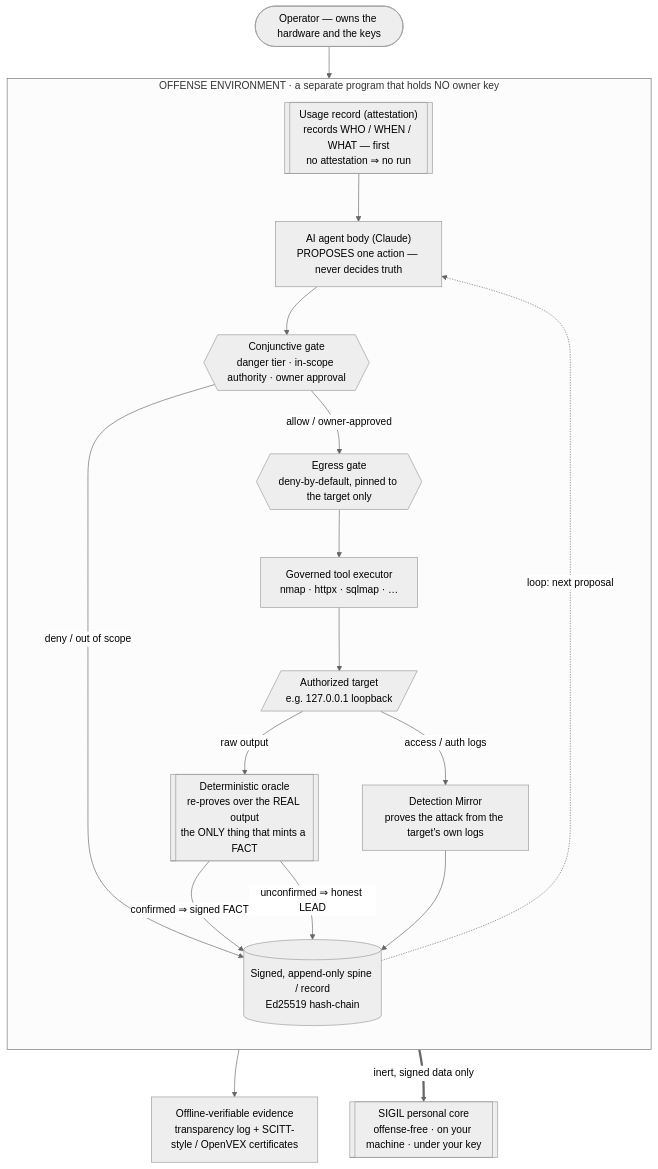
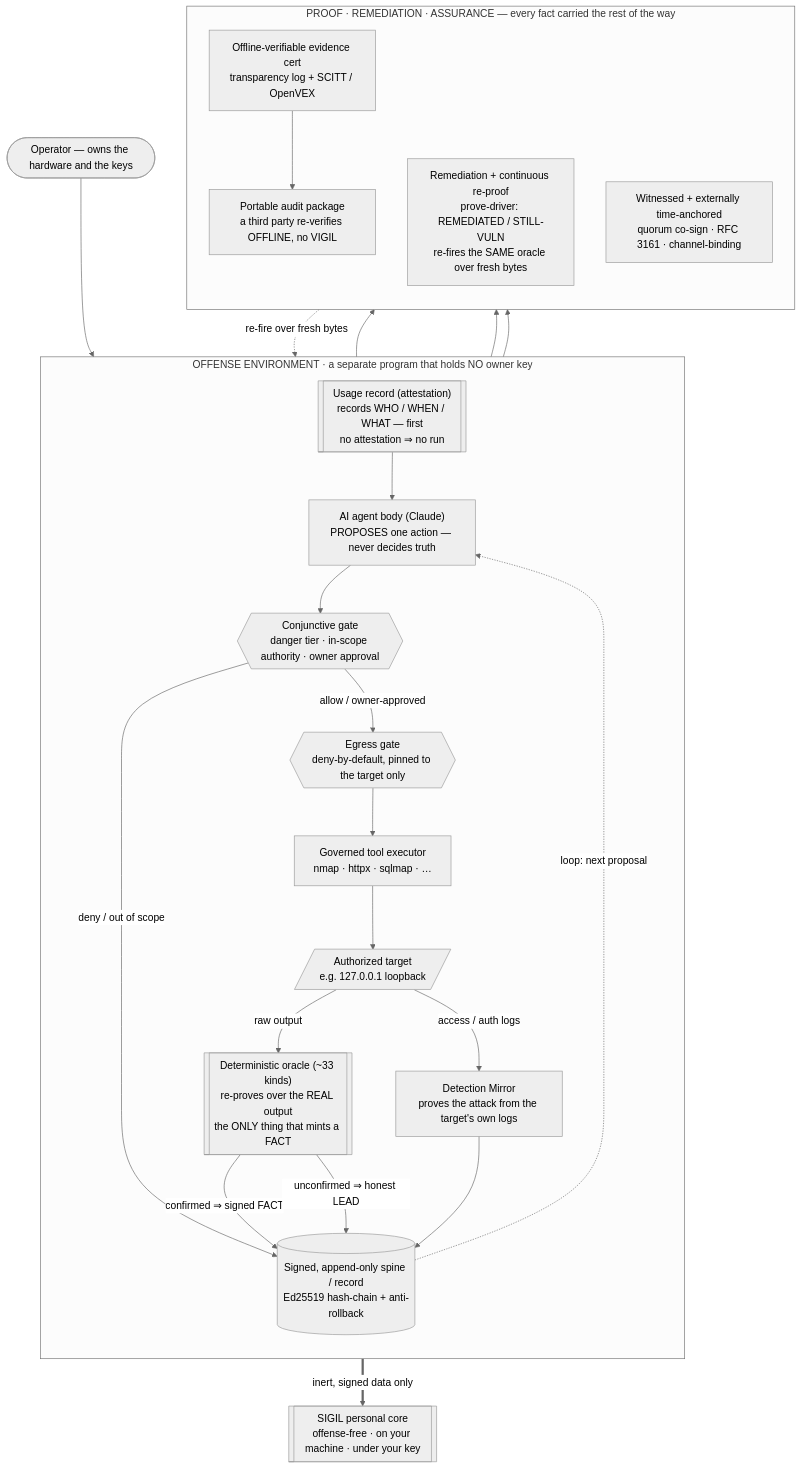
One commit to thuram-nana/vigil-sovereign changed the diagram in README.md. Above: the diagram before and after it, drawn with Mermaid (neutral theme). The commit also changed other lines of this file, not shown here.

Commit message:
README: extend the at-a-glance architecture diagram to the full end-to-end (#239)
The summarized diagram stopped at spine -> evidence -> SIGIL and predated the
TRUTHENOVATION proof lifecycle. Added a downstream PROOF / REMEDIATION / ASSURANCE
cluster so the one-picture summary now matches the deep reference (which is at 11
layers): remediation + continuous re-proof (re-fires the SAME oracle over fresh
bytes), witnessed + RFC3161 time-anchored + channel-binding assurance, and the
portable offline audit package (third-party re-verify with no VIGIL). +3 plain-English
bullets + a built-vs-capability honesty note. Diagram validated (headless mermaid
render: 1 flowchart, 0 parse errors).

````diff
--- a/README.md
+++ b/README.md
@@ -174,31 +174,41 @@
 ```mermaid
 flowchart TB
     OP(["Operator — owns the hardware and the keys"])
 
     subgraph OFFENSE["OFFENSE ENVIRONMENT · a separate program that holds NO owner key"]
       direction TB
       ATTEST[["Usage record (attestation)<br/>records WHO / WHEN / WHAT — first<br/>no attestation ⇒ no run"]]
       THINK["AI agent body (Claude)<br/>PROPOSES one action — never decides truth"]
       GATE{{"Conjunctive gate<br/>danger tier · in-scope authority · owner approval"}}
       EGRESS{{"Egress gate<br/>deny-by-default, pinned to the target only"}}
       EXEC["Governed tool executor<br/>nmap · httpx · sqlmap · …"]
       TARGET[/"Authorized target<br/>e.g. 127.0.0.1 loopback"/]
-      ORACLE[["Deterministic oracle<br/>re-proves over the REAL output<br/>the ONLY thing that mints a FACT"]]
+      ORACLE[["Deterministic oracle (~33 kinds)<br/>re-proves over the REAL output<br/>the ONLY thing that mints a FACT"]]
       DET["Detection Mirror<br/>proves the attack from the target's own logs"]
-      SPINE[("Signed, append-only spine / record<br/>Ed25519 hash-chain")]
+      SPINE[("Signed, append-only spine / record<br/>Ed25519 hash-chain + anti-rollback")]
+    end
+
+    subgraph PROOF["PROOF · REMEDIATION · ASSURANCE — every fact carried the rest of the way"]
+      direction TB
+      EVID["Offline-verifiable evidence cert<br/>transparency log + SCITT / OpenVEX"]
+      REMED["Remediation + continuous re-proof<br/>prove-driver: REMEDIATED / STILL-VULN<br/>re-fires the SAME oracle over fresh bytes"]
+      ASSURE["Witnessed + externally time-anchored<br/>quorum co-sign · RFC 3161 · channel-binding"]
+      AUDIT["Portable audit package<br/>a third party re-verifies OFFLINE, no VIGIL"]
     end
 
     SIGIL[["SIGIL personal core<br/>offense-free · on your machine · under your key"]]
-    EVID["Offline-verifiable evidence<br/>transparency log + SCITT-style / OpenVEX certificates"]
 
     OP --> ATTEST --> THINK --> GATE
     GATE -- "allow / owner-approved" --> EGRESS --> EXEC --> TARGET
     GATE -- "deny / out of scope" --> SPINE
     TARGET -- "raw output" --> ORACLE
     ORACLE -- "confirmed ⇒ signed FACT" --> SPINE
     ORACLE -- "unconfirmed ⇒ honest LEAD" --> SPINE
     TARGET -- "access / auth logs" --> DET --> SPINE
     SPINE -. "loop: next proposal" .-> THINK
-    SPINE --> EVID
+    SPINE --> EVID --> AUDIT
+    SPINE --> REMED
+    REMED -. "re-fire over fresh bytes" .-> ORACLE
+    SPINE --> ASSURE
     SPINE == "inert, signed data only" ==> SIGIL
 ```
````
